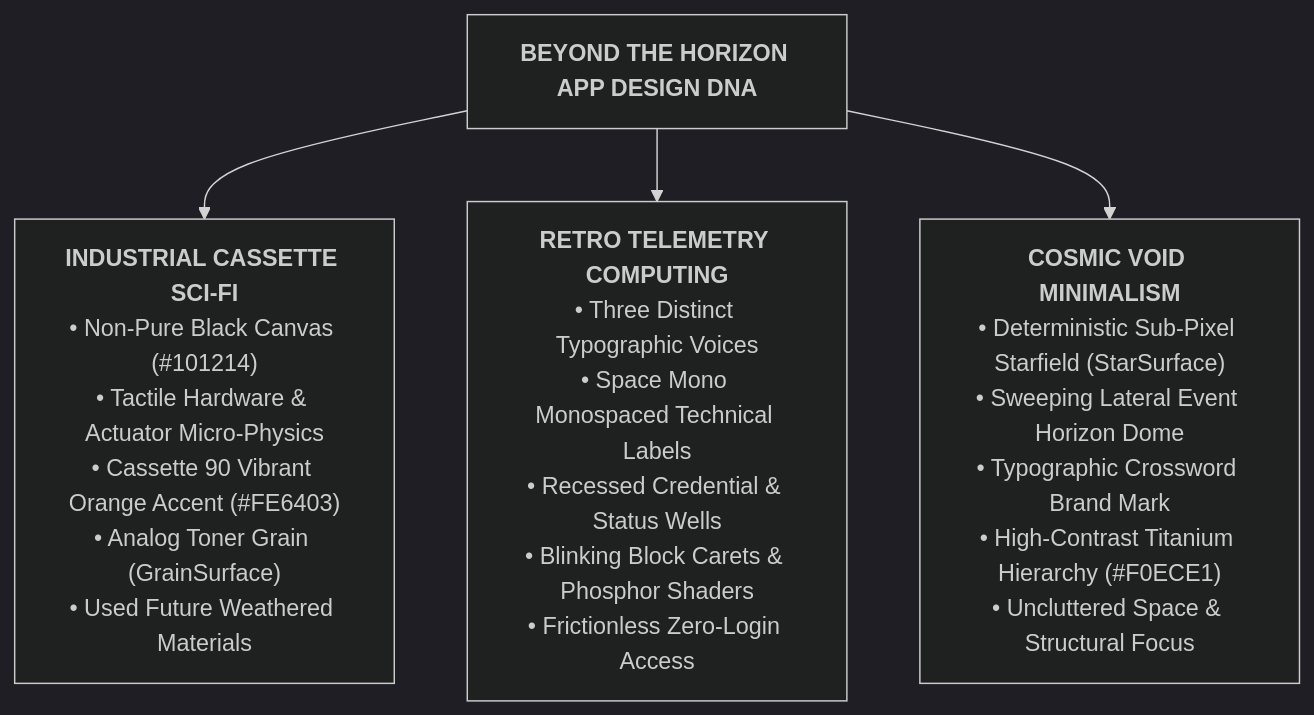
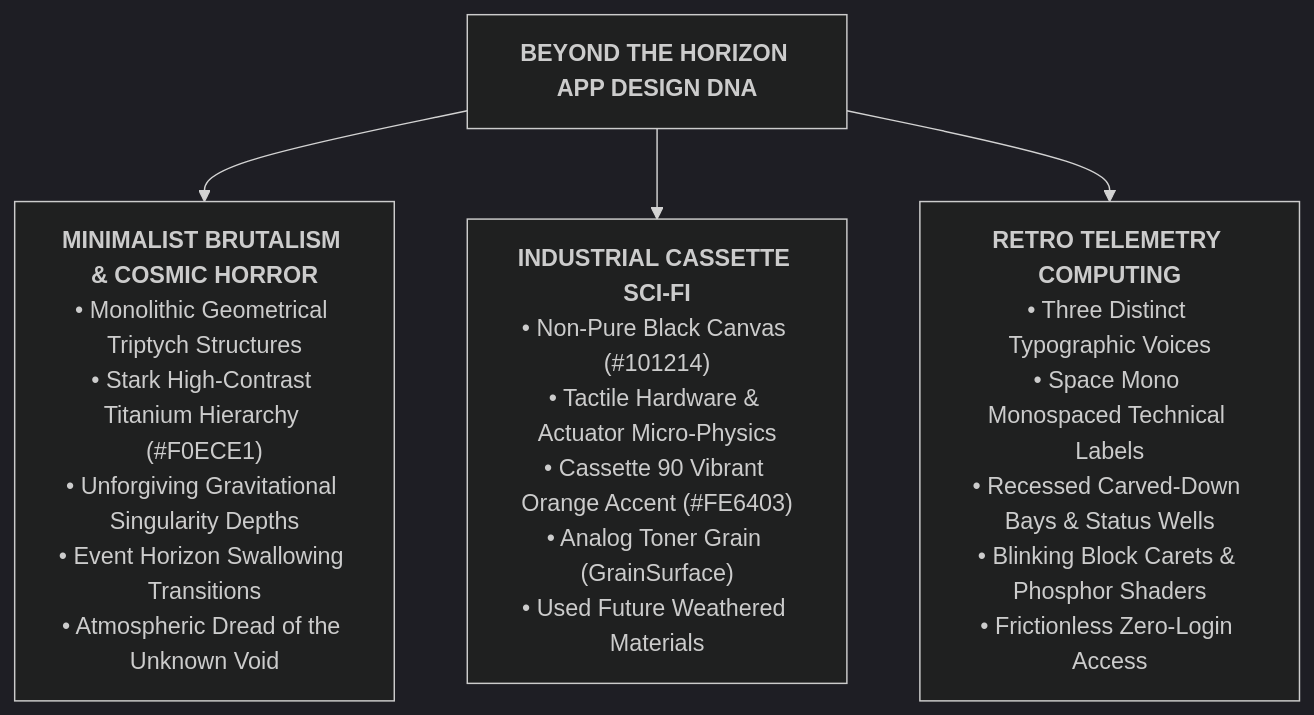
Before and after one commit to henriqueschorr/beyond_the_horizon_app: the second of 2 diagrams in design/01-sdd-overview.md, drawn with Mermaid (dark theme). The commit also changed other lines of this file and 39 other files, not shown here.

Commit message:
feat: modernize landing page architecture, extract shared primitives, and decouple navigation

````diff
--- a/design/01-sdd-overview.md
+++ b/design/01-sdd-overview.md
@@ -139,8 +139,8 @@
 ```mermaid
 graph TD
     Root["<b>BEYOND THE HORIZON APP DESIGN DNA</b>"]
     
-    Root --> BranchA["<b>INDUSTRIAL CASSETTE SCI-FI</b><br/>• Non-Pure Black Canvas (#101214)<br/>• Tactile Hardware & Actuator Micro-Physics<br/>• Cassette 90 Vibrant Orange Accent (#FE6403)<br/>• Analog Toner Grain (GrainSurface)<br/>• Used Future Weathered Materials"]
-    Root --> BranchB["<b>RETRO TELEMETRY COMPUTING</b><br/>• Three Distinct Typographic Voices<br/>• Space Mono Monospaced Technical Labels<br/>• Recessed Credential & Status Wells<br/>• Blinking Block Carets & Phosphor Shaders<br/>• Frictionless Zero-Login Access"]
-    Root --> BranchC["<b>COSMIC VOID MINIMALISM</b><br/>• Deterministic Sub-Pixel Starfield (StarSurface)<br/>• Sweeping Lateral Event Horizon Dome<br/>• Typographic Crossword Brand Mark<br/>• High-Contrast Titanium Hierarchy (#F0ECE1)<br/>• Uncluttered Space & Structural Focus"]
+    Root --> BranchA["<b>MINIMALIST BRUTALISM & COSMIC HORROR</b><br/>• Monolithic Geometrical Triptych Structures<br/>• Stark High-Contrast Titanium Hierarchy (#F0ECE1)<br/>• Unforgiving Gravitational Singularity Depths<br/>• Event Horizon Swallowing Transitions<br/>• Atmospheric Dread of the Unknown Void"]
+    Root --> BranchB["<b>INDUSTRIAL CASSETTE SCI-FI</b><br/>• Non-Pure Black Canvas (#101214)<br/>• Tactile Hardware & Actuator Micro-Physics<br/>• Cassette 90 Vibrant Orange Accent (#FE6403)<br/>• Analog Toner Grain (GrainSurface)<br/>• Used Future Weathered Materials"]
+    Root --> BranchC["<b>RETRO TELEMETRY COMPUTING</b><br/>• Three Distinct Typographic Voices<br/>• Space Mono Monospaced Technical Labels<br/>• Recessed Carved-Down Bays & Status Wells<br/>• Blinking Block Carets & Phosphor Shaders<br/>• Frictionless Zero-Login Access"]
 ```
````
